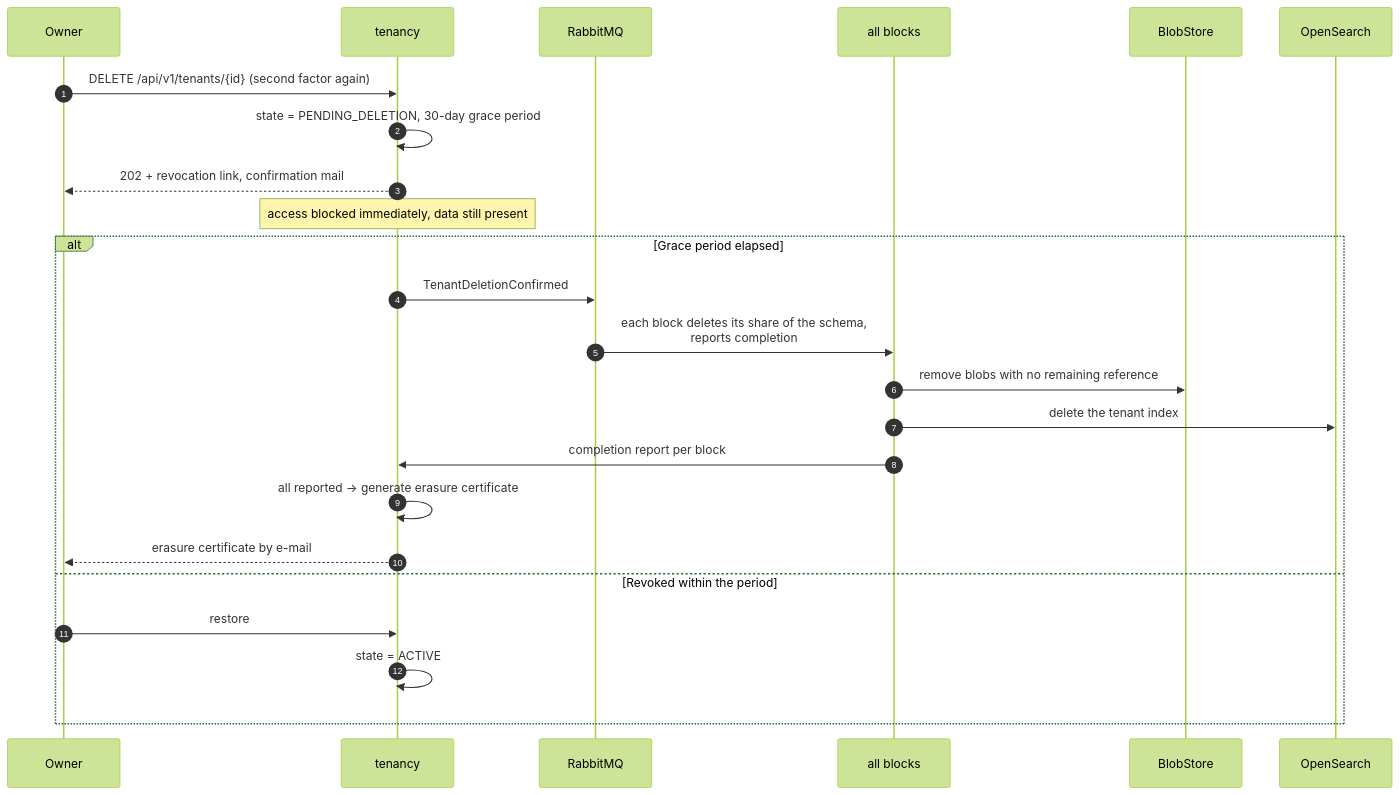
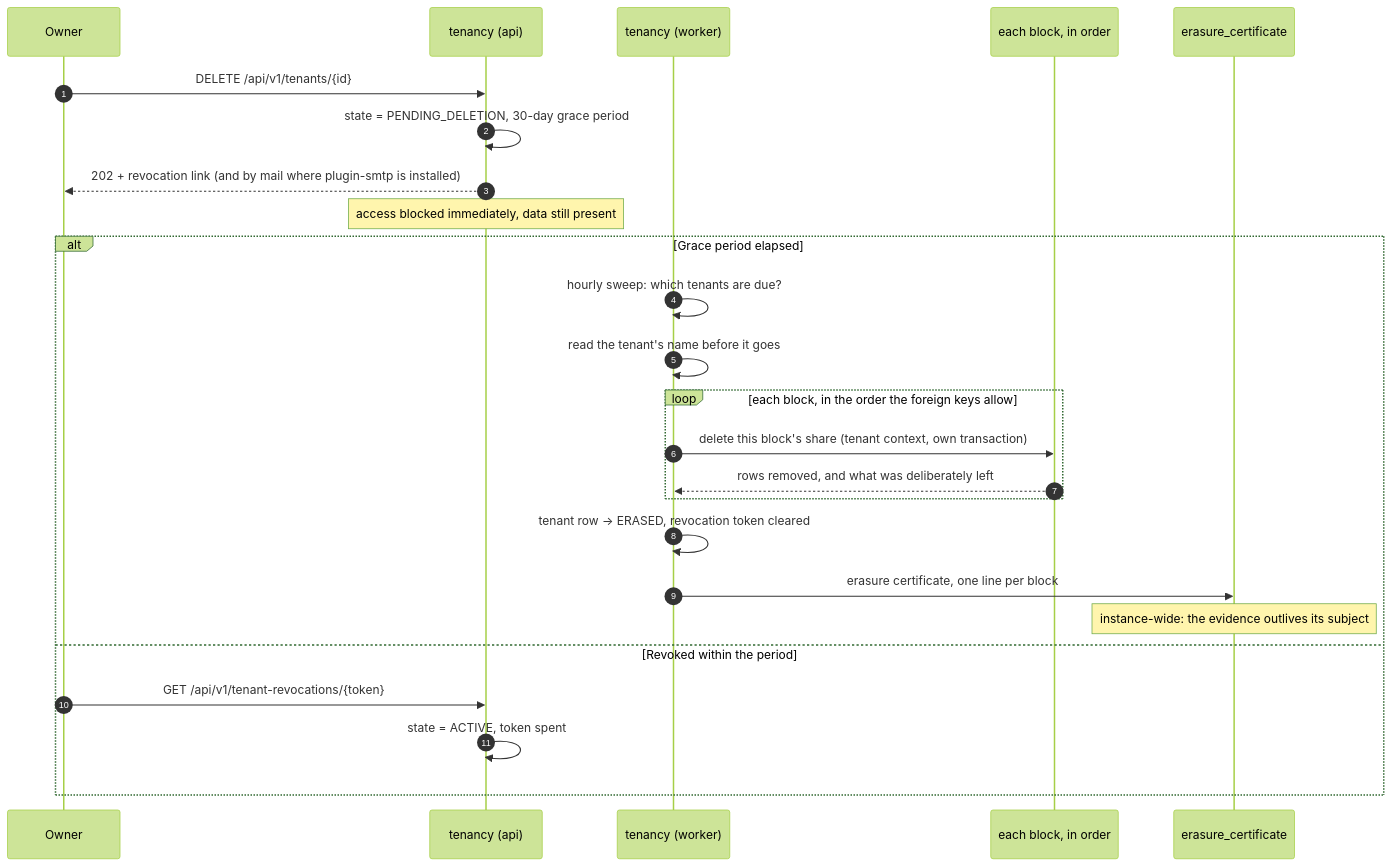
One commit to greluc/Home-Inventory changed the ninth of 10 diagrams in docs/architecture/05-runtime-view.md. Above: the diagram before and after it, drawn with Mermaid (forest theme). The commit also changed other lines of this file and 37 other files, not shown here.

````diff
--- a/docs/architecture/05-runtime-view.md
+++ b/docs/architecture/05-runtime-view.md
@@ -329,28 +329,29 @@
 ```mermaid
 sequenceDiagram
     autonumber
     participant O as Owner
-    participant T as tenancy
-    participant MQ as RabbitMQ
-    participant ALL as all blocks
-    participant B as BlobStore
-    participant OS as OpenSearch
+    participant T as tenancy (api)
+    participant W as tenancy (worker)
+    participant ALL as each block, in order
+    participant C as erasure_certificate
 
-    O->>T: DELETE /api/v1/tenants/{id} (second factor again)
+    O->>T: DELETE /api/v1/tenants/{id}
     T->>T: state = PENDING_DELETION, 30-day grace period
-    T-->>O: 202 + revocation link, confirmation mail
+    T-->>O: 202 + revocation link (and by mail where plugin-smtp is installed)
     Note over T: access blocked immediately, data still present
 
     alt Grace period elapsed
-        T->>MQ: TenantDeletionConfirmed
-        MQ->>ALL: each block deletes its share of the schema,<br/>reports completion
-        ALL->>B: remove blobs with no remaining reference
-        ALL->>OS: delete the tenant index
-        ALL->>T: completion report per block
-        T->>T: all reported → generate erasure certificate
-        T-->>O: erasure certificate by e-mail
+        W->>W: hourly sweep: which tenants are due?
+        W->>W: read the tenant's name before it goes
+        loop each block, in the order the foreign keys allow
+            W->>ALL: delete this block's share (tenant context, own transaction)
+            ALL-->>W: rows removed, and what was deliberately left
+        end
+        W->>W: tenant row → ERASED, revocation token cleared
+        W->>C: erasure certificate, one line per block
+        Note over C: instance-wide: the evidence outlives its subject
     else Revoked within the period
-        O->>T: restore
-        T->>T: state = ACTIVE
+        O->>T: GET /api/v1/tenant-revocations/{token}
+        T->>T: state = ACTIVE, token spent
     end
 ```
````
